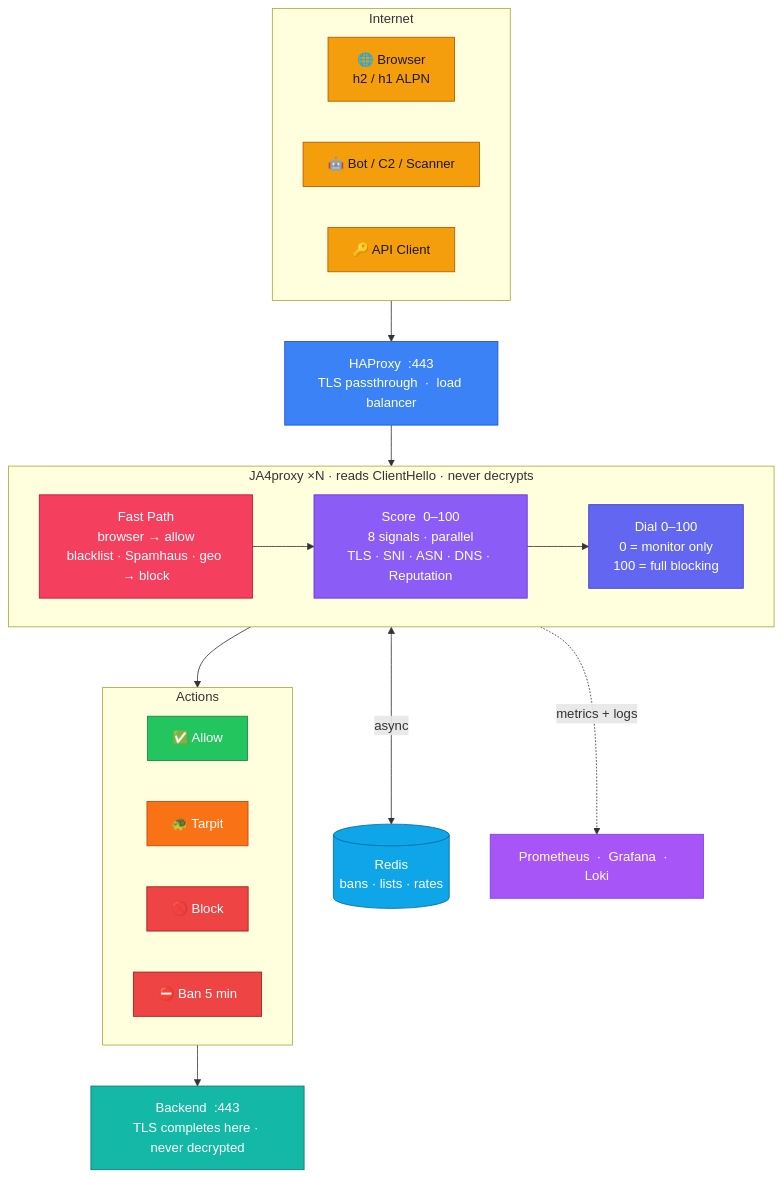
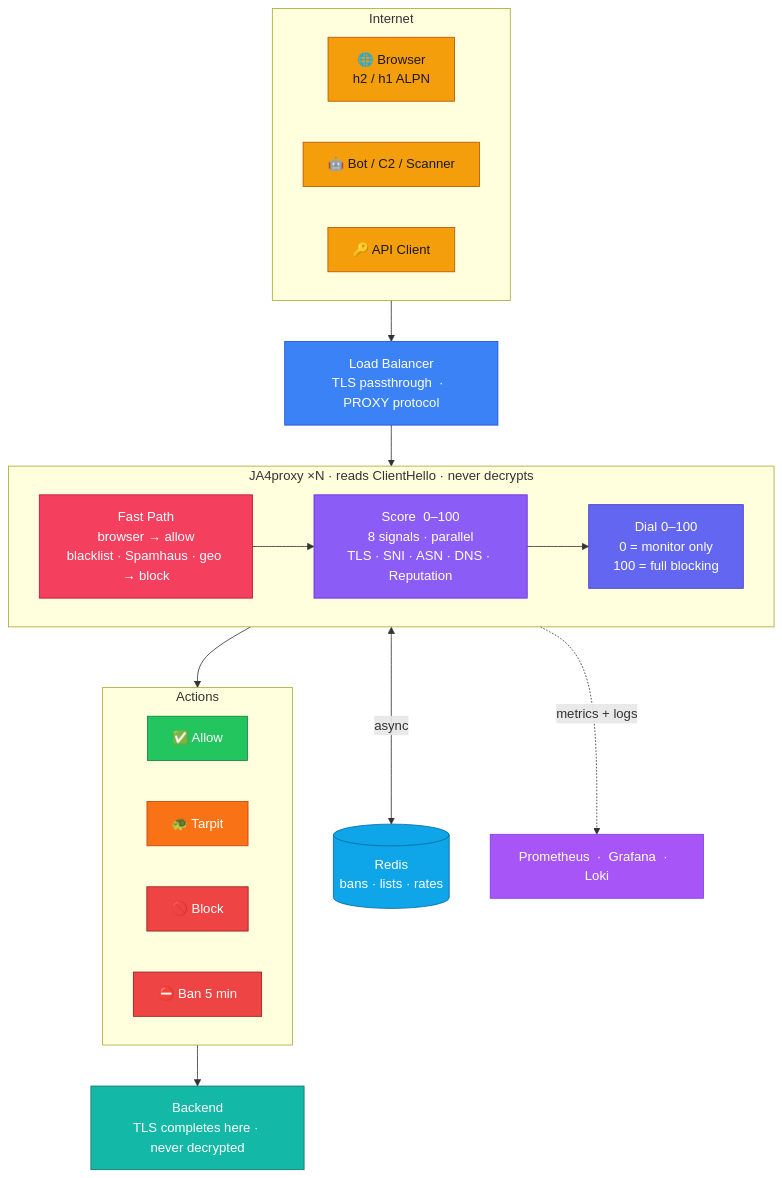
One commit to seanpor/JA4proxy changed the diagram in README.md. Above: the diagram before and after it, drawn with Mermaid. The commit also changed other lines of this file, not shown here.

````diff
--- a/README.md
+++ b/README.md
@@ -28,62 +28,62 @@
 ```mermaid
 flowchart TB
     subgraph NET["  Internet  "]
         direction LR
         BR["🌐  Browser\nh2 / h1 ALPN"]
         BOT["🤖  Bot / C2 / Scanner"]
         API["🔑  API Client"]
     end
 
-    HA["HAProxy  :443\nTLS passthrough  ·  load balancer"]
+    HA["Load Balancer\nTLS passthrough  ·  PROXY protocol"]
 
     subgraph PIPE["  JA4proxy ×N  ·  reads ClientHello  ·  never decrypts  "]
         direction LR
         FP["Fast Path\nbrowser → allow\nblacklist · Spamhaus · geo → block"]
         SIG["Score  0–100\n8 signals · parallel\nTLS · SNI · ASN · DNS · Reputation"]
         DIAL["Dial  0–100\n0 = monitor only\n100 = full blocking"]
         FP --> SIG --> DIAL
     end
 
     subgraph ACT["  Actions  "]
         direction LR
         OK["✅  Allow"]
         TP["🐢  Tarpit"]
         BK["🚫  Block"]
         BN["⛔  Ban  5 min"]
     end
 
-    BE["Backend  :443\nTLS completes here · never decrypted"]
+    BE["Backend\nTLS completes here · never decrypted"]
 
     RD[("Redis\nbans · lists · rates")]
     OBS["Prometheus  ·  Grafana  ·  Loki"]
 
     NET --> HA --> FP
     DIAL --> ACT
     OK --> BE
     PIPE <-->|"async"| RD
     PIPE -.->|"metrics + logs"| OBS
 
     classDef inet fill:#f59e0b,stroke:#b45309,color:#1c1917
     classDef lb fill:#3b82f6,stroke:#1d4ed8,color:#fff
     classDef fast fill:#f43f5e,stroke:#be123c,color:#fff
     classDef score fill:#8b5cf6,stroke:#6d28d9,color:#fff
     classDef dial fill:#6366f1,stroke:#4338ca,color:#fff
     classDef allow fill:#22c55e,stroke:#15803d,color:#fff
     classDef tarpit fill:#f97316,stroke:#c2410c,color:#fff
     classDef block fill:#ef4444,stroke:#991b1b,color:#fff
     classDef backend fill:#14b8a6,stroke:#0f766e,color:#fff
     classDef redis fill:#0ea5e9,stroke:#0369a1,color:#fff
     classDef obs fill:#a855f7,stroke:#7c3aed,color:#fff
 
     class BR,BOT,API inet
     class HA lb
     class FP fast
     class SIG score
     class DIAL dial
     class OK allow
     class TP tarpit
     class BK,BN block
     class BE backend
     class RD redis
     class OBS obs
 ```
````
